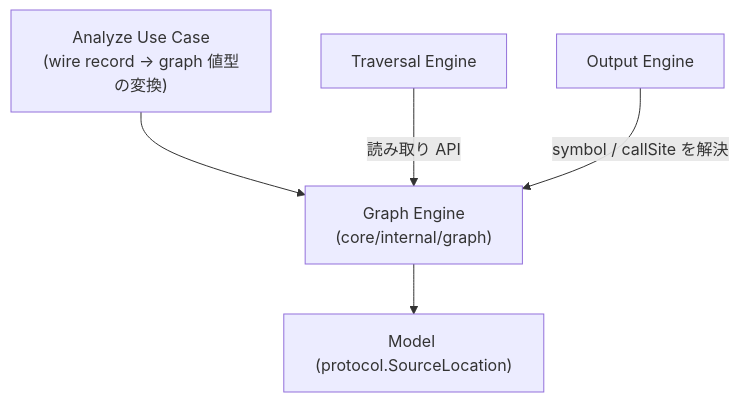
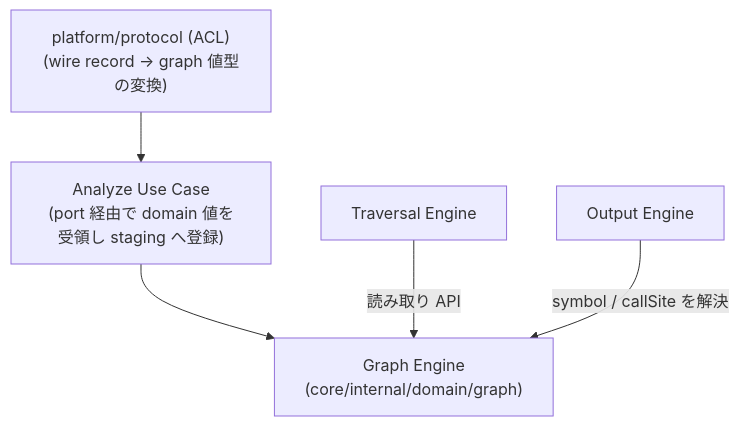
Before and after one commit to Fukuemon/depwalk: the diagram in design/features/graph/DesignDoc_graph.md, drawn with Mermaid. The commit also changed other lines of this file and 7 other files, not shown here.

Commit message:
docs(spec): #32 sync 正本ハンドオフ (ADR-0007 起票、architecture/project/engineering/feature doc へ反映) #32

````diff
--- a/design/features/graph/DesignDoc_graph.md
+++ b/design/features/graph/DesignDoc_graph.md
@@ -84,7 +84,7 @@
 ```mermaid
 flowchart TD
-    UseCase["Analyze Use Case<br/>(wire record → graph 値型の変換)"] --> Graph["Graph Engine<br/>(core/internal/graph)"]
+    ACL["platform/protocol (ACL)<br/>(wire record → graph 値型の変換)"] --> UseCase["Analyze Use Case<br/>(port 経由で domain 値を受領し staging へ登録)"]
+    UseCase --> Graph["Graph Engine<br/>(core/internal/domain/graph)"]
     Traversal["Traversal Engine"] -->|"読み取り API"| Graph
     Output["Output Engine"] -->|"symbol / callSite を解決"| Graph
-    Graph --> Model["Model (protocol.SourceLocation)"]
 ```
````
